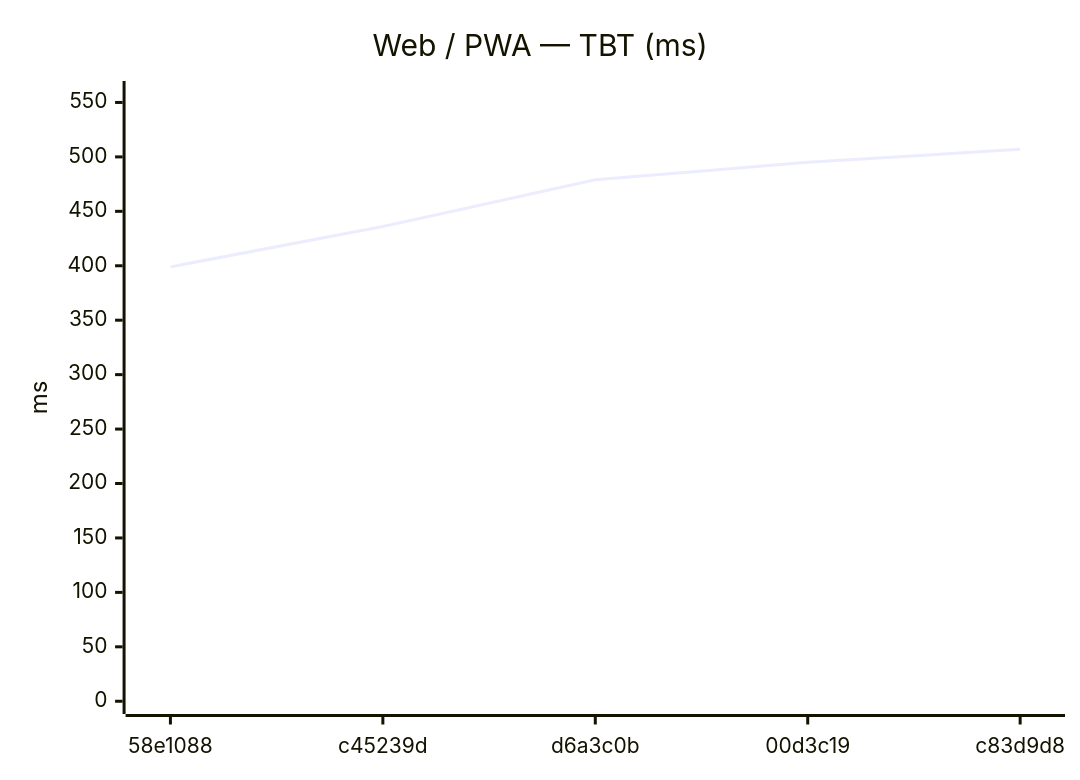
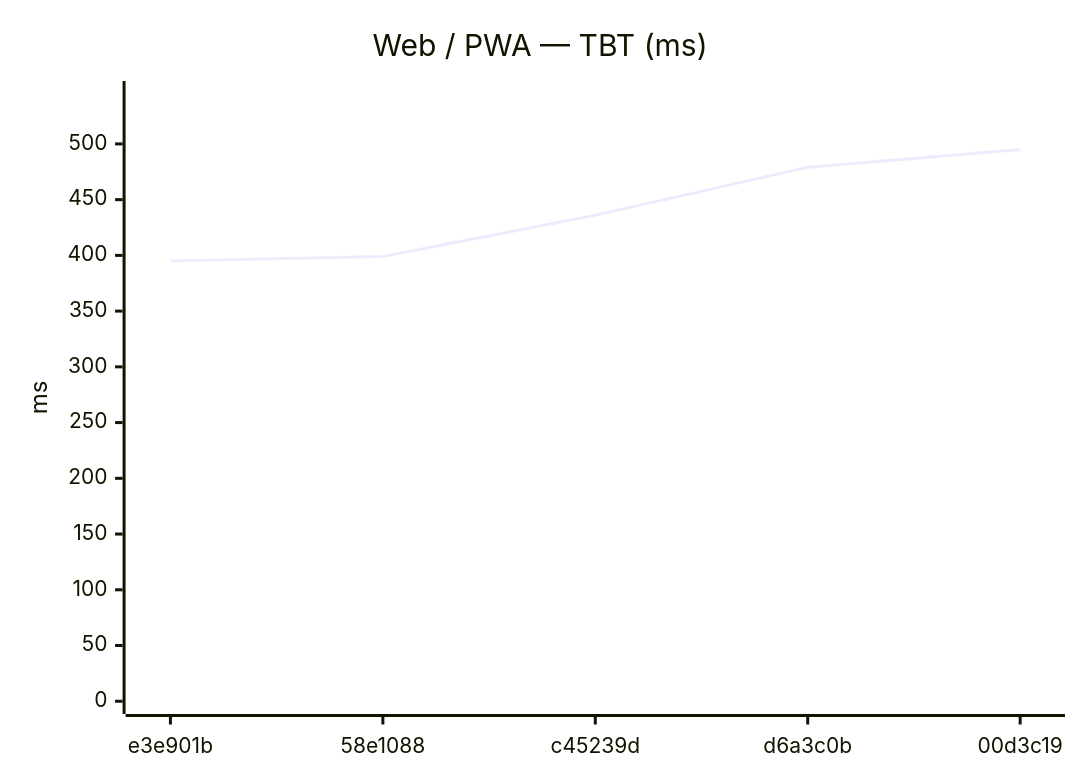
One commit to Metaheurist/Rianell changed the eighth of 18 diagrams in benchmarks/compare.md. Above: the diagram before and after it, drawn with Mermaid. The commit also changed other lines of this file and 11 other files, not shown here.

````diff
--- a/benchmarks/compare.md
+++ b/benchmarks/compare.md
@@ -124,7 +124,7 @@
 ```mermaid
 xychart-beta
     title "Web / PWA — TBT (ms)"
-    x-axis ["58e1088", "c45239d", "d6a3c0b", "00d3c19", "c83d9d8"]
-    y-axis "ms" 0 --> 558
-    line [399, 436, 479, 495, 507]
+    x-axis ["e3e901b", "58e1088", "c45239d", "d6a3c0b", "00d3c19"]
+    y-axis "ms" 0 --> 545
+    line [395, 399, 436, 479, 495]
 ```
````
